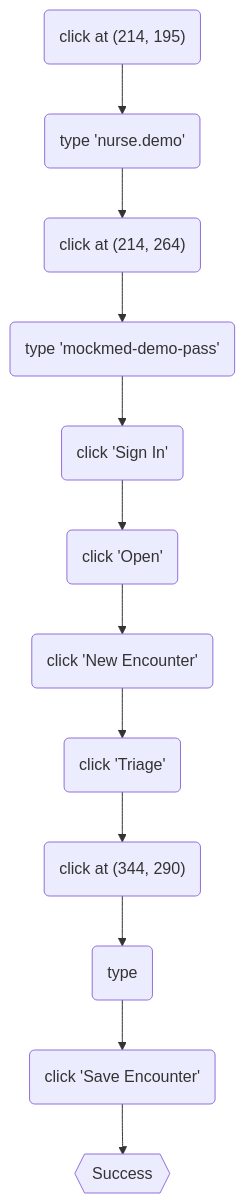
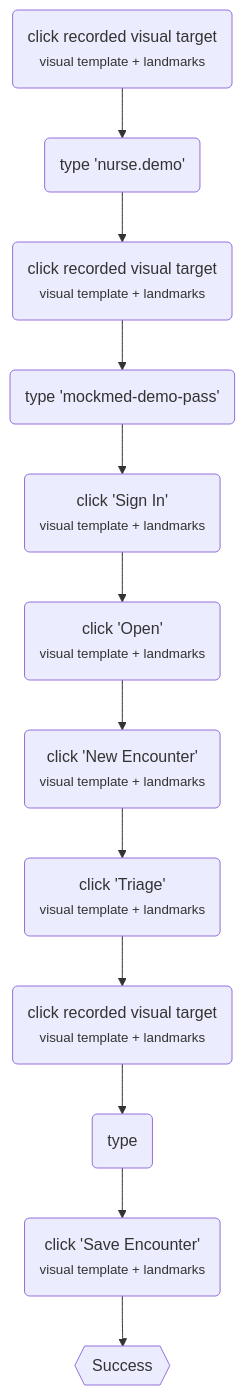
Before and after one commit to OpenAdaptAI/OpenAdapt: the second of 2 diagrams in packages/flow/README.md, drawn with Mermaid. The commit also changed other lines of this file and 3 other files, not shown here.

````diff
--- a/packages/flow/README.md
+++ b/packages/flow/README.md
@@ -340,28 +340,28 @@
 ```mermaid
 flowchart TD
-  n0("click at (214, 195)")
+  n0("click recorded visual target<br/><small>visual template + landmarks</small>")
   n1("type 'nurse.demo'")
-  n2("click at (214, 264)")
+  n2("click recorded visual target<br/><small>visual template + landmarks</small>")
   n3("type 'mockmed-demo-pass'")
-  n4("click 'Sign In'")
-  n5("click 'Open'")
-  n6("click 'New Encounter'")
-  n7("click 'Triage'")
-  n8("click at (344, 290)")
+  n4("click 'Sign In'<br/><small>visual template + landmarks</small>")
+  n5("click 'Open'<br/><small>visual template + landmarks</small>")
+  n6("click 'New Encounter'<br/><small>visual template + landmarks</small>")
+  n7("click 'Triage'<br/><small>visual template + landmarks</small>")
+  n8("click recorded visual target<br/><small>visual template + landmarks</small>")
   n9("type <note>")
-  n10("click 'Save Encounter'")
+  n10("click 'Save Encounter'<br/><small>visual template + landmarks</small>")
   n11{{"Success"}}
   n0 --> n1
   n1 --> n2
   n2 --> n3
   n3 --> n4
   n4 --> n5
   n5 --> n6
   n6 --> n7
   n7 --> n8
   n8 --> n9
   n9 --> n10
   n10 --> n11
   classDef irreversible stroke:#b4530a,stroke-width:2px;
   classDef halt stroke:#b21f2d,stroke-width:2px;
 ```
````
